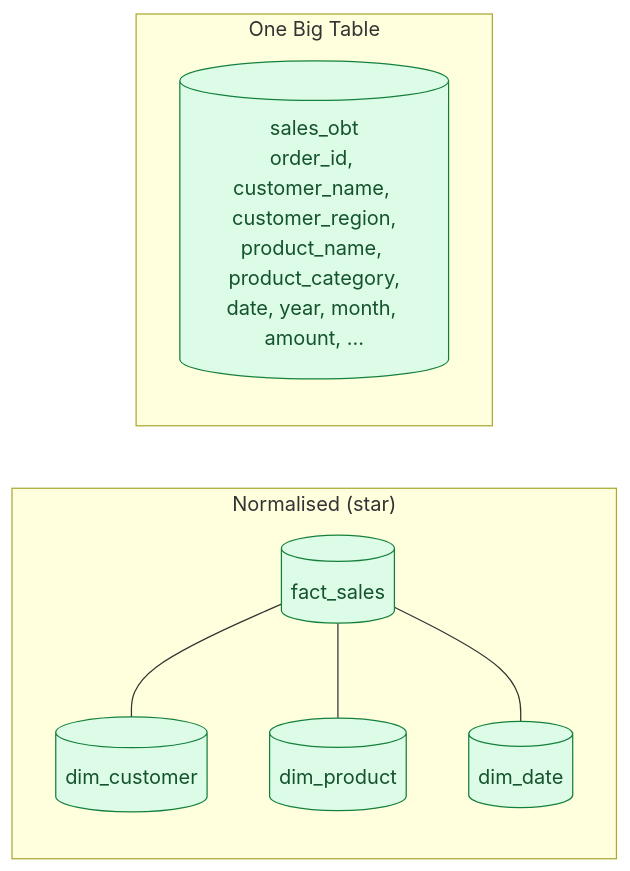
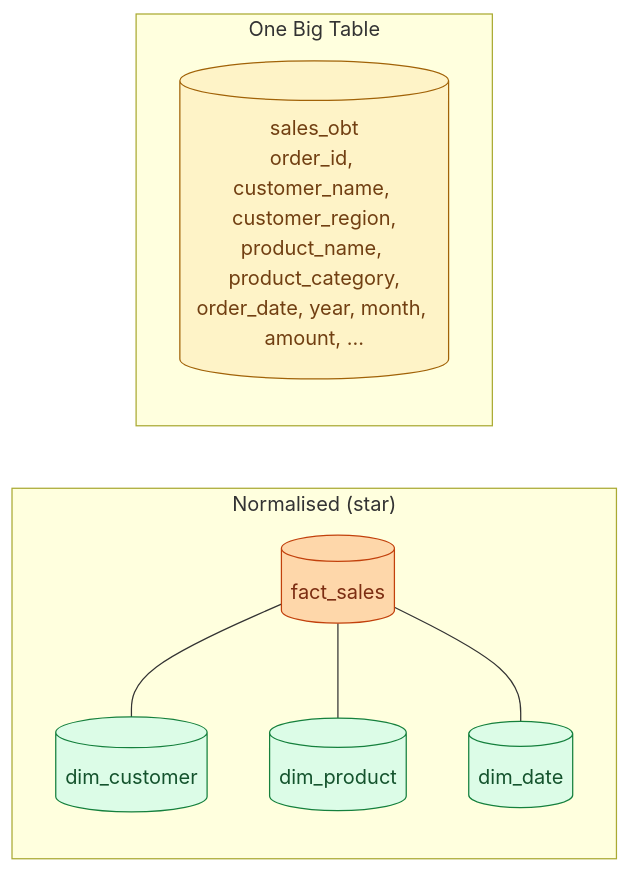
The first of 3 diagrams in _de_concepts/014-one-big-table-vs-normalised.md (shiningflash/shiningflash.github.io), drawn with Mermaid before and after one commit. The commit also changed other lines of this file and 69 other files, not shown here.

````diff
--- a/_de_concepts/014-one-big-table-vs-normalised.md
+++ b/_de_concepts/014-one-big-table-vs-normalised.md
@@ -12,14 +14,15 @@
 ```mermaid
 flowchart LR
     subgraph N["Normalised (star)"]
-        F1[("fact_sales")] --- D1[("dim_customer")]
-        F1 --- D2[("dim_product")]
-        F1 --- D3[("dim_date")]
+        F1[("fact_sales")]:::b --- D1[("dim_customer")]:::g
+        F1 --- D2[("dim_product")]:::g
+        F1 --- D3[("dim_date")]:::g
     end
     subgraph OBT["One Big Table"]
-        T1[("sales_obt<br/>order_id, customer_name, customer_region,<br/>product_name, product_category,<br/>date, year, month, amount, ...")]
+        T1[("sales_obt<br/>order_id, customer_name, customer_region,<br/>product_name, product_category,<br/>order_date, year, month, amount, ...")]:::y
     end
 
-    classDef _ fill:#dcfce7,stroke:#15803d,color:#14532d
-    class F1,D1,D2,D3,T1 _
+    classDef b fill:#fed7aa,stroke:#c2410c,color:#7c2d12
+    classDef g fill:#dcfce7,stroke:#15803d,color:#14532d
+    classDef y fill:#fef3c7,stroke:#a16207,color:#713f12
 ```
````
